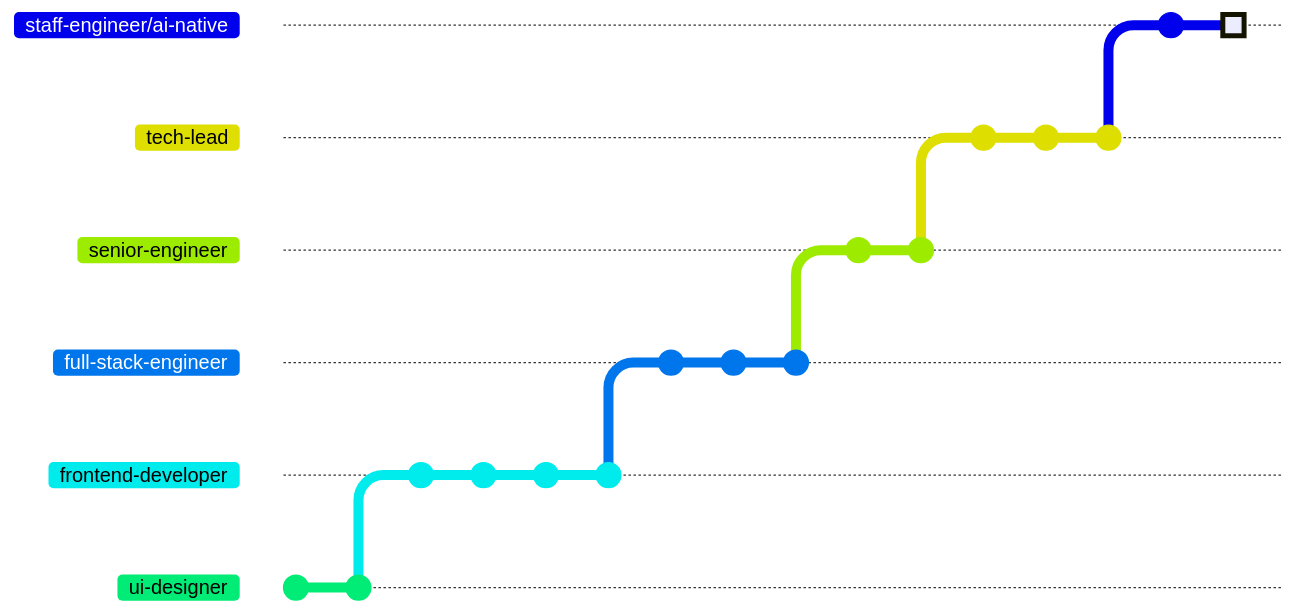
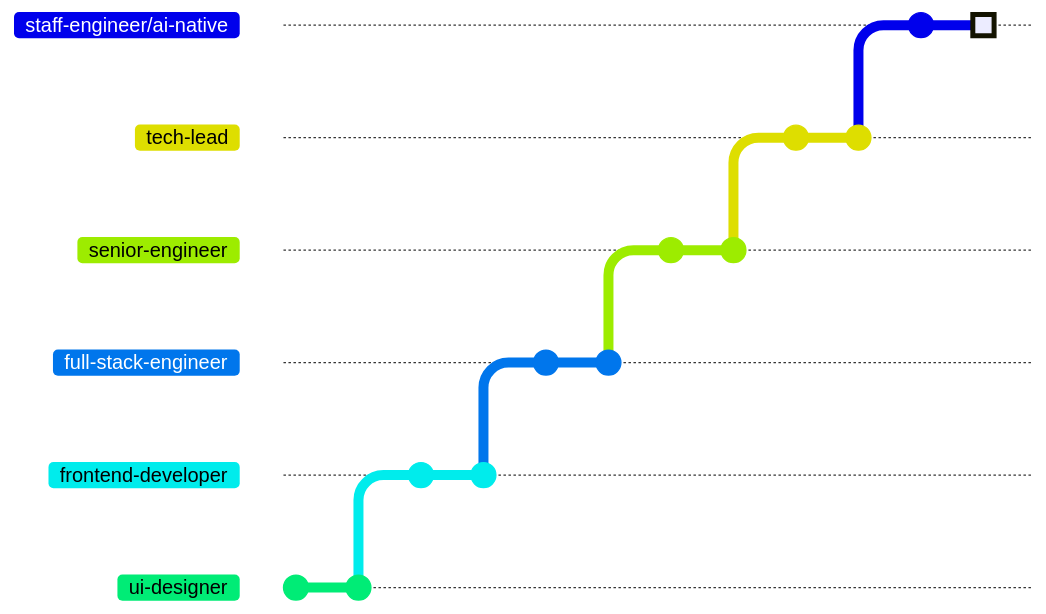
One commit to MuzafferDede/muzafferdede changed the diagram in Readme.md. Above: the diagram before and after it, drawn with Mermaid. Commit ids are hidden.

Commit message:
Two commits per career branch so the graph fits

````diff
--- a/Readme.md
+++ b/Readme.md
@@ -1,25 +1,21 @@
 ```mermaid
 %%{init: {'gitGraph': {'mainBranchName': 'ui-designer', 'mainBranchOrder': 5, 'showCommitLabel': false}}}%%
 gitGraph LR:
   commit
   commit
   branch frontend-developer order: 4
   commit
   commit
-  commit
-  commit
   branch full-stack-engineer order: 3
-  commit
   commit
   commit
   branch senior-engineer order: 2
   commit
   commit
   branch tech-lead order: 1
   commit
   commit
-  commit
   branch staff-engineer/ai-native order: 0
   commit
   commit type: HIGHLIGHT
 ```
````
